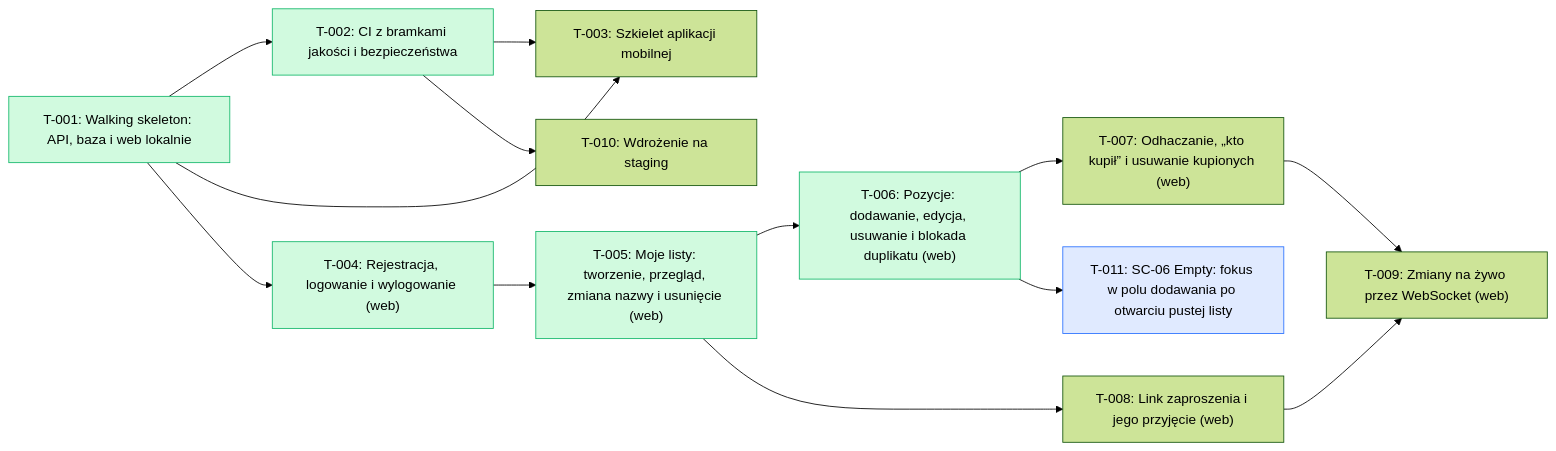
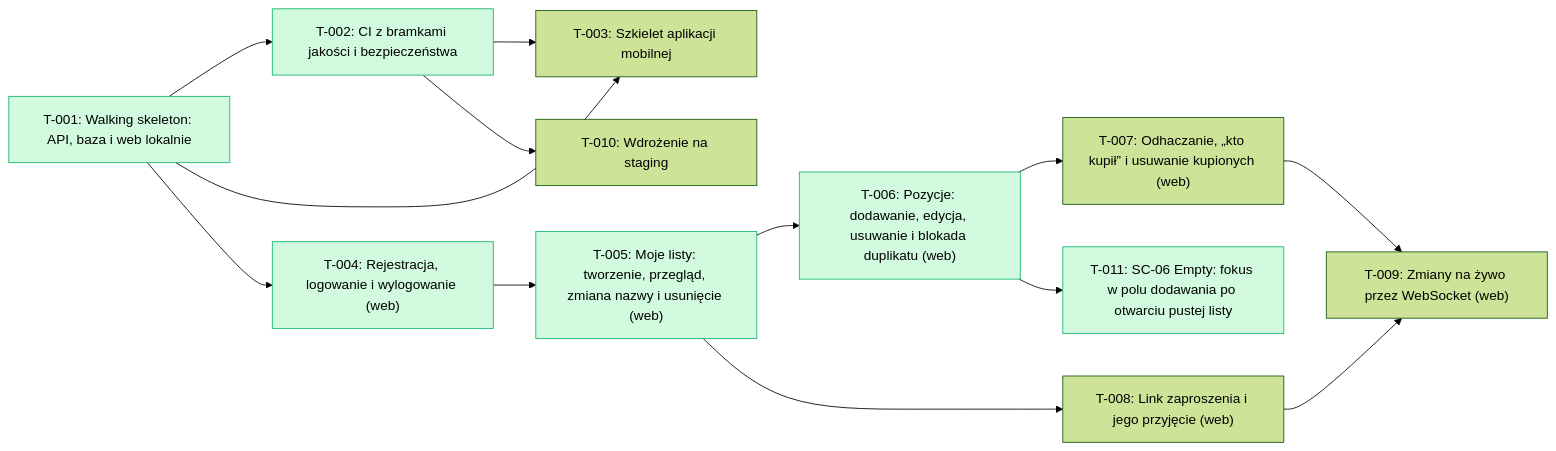
The diagram in docs/backlog/index.md (tombraz/lista-zakupow), drawn with Mermaid (forest theme) before and after one commit. The commit also changed other lines of this file and 1 other file, not shown here.

````diff
--- a/docs/backlog/index.md
+++ b/docs/backlog/index.md
@@ -20,30 +20,30 @@
 ```mermaid
 flowchart LR
   T_001["T-001: Walking skeleton: API, baza i web lokalnie"]:::done
   T_002["T-002: CI z bramkami jakości i bezpieczeństwa"]:::done
   T_003["T-003: Szkielet aplikacji mobilnej"]
   T_004["T-004: Rejestracja, logowanie i wylogowanie (web)"]:::done
   T_005["T-005: Moje listy: tworzenie, przegląd, zmiana nazwy i usunięcie (web)"]:::done
   T_006["T-006: Pozycje: dodawanie, edycja, usuwanie i blokada duplikatu (web)"]:::done
   T_007["T-007: Odhaczanie, „kto kupił” i usuwanie kupionych (web)"]
   T_008["T-008: Link zaproszenia i jego przyjęcie (web)"]
   T_009["T-009: Zmiany na żywo przez WebSocket (web)"]
   T_010["T-010: Wdrożenie na staging"]
-  T_011["T-011: SC-06 Empty: fokus w polu dodawania po otwarciu pustej listy"]:::qa
+  T_011["T-011: SC-06 Empty: fokus w polu dodawania po otwarciu pustej listy"]:::done
   T_001 --> T_002
   T_001 --> T_003
   T_002 --> T_003
   T_001 --> T_004
   T_004 --> T_005
   T_005 --> T_006
   T_006 --> T_007
   T_005 --> T_008
   T_007 --> T_009
   T_008 --> T_009
   T_002 --> T_010
   T_006 --> T_011
   classDef done fill:#d1fadf,stroke:#12b76a
   classDef wip fill:#fef0c7,stroke:#f79009
   classDef qa fill:#e0eaff,stroke:#2970ff
   classDef blocked fill:#fee4e2,stroke:#f04438
 ```
````
